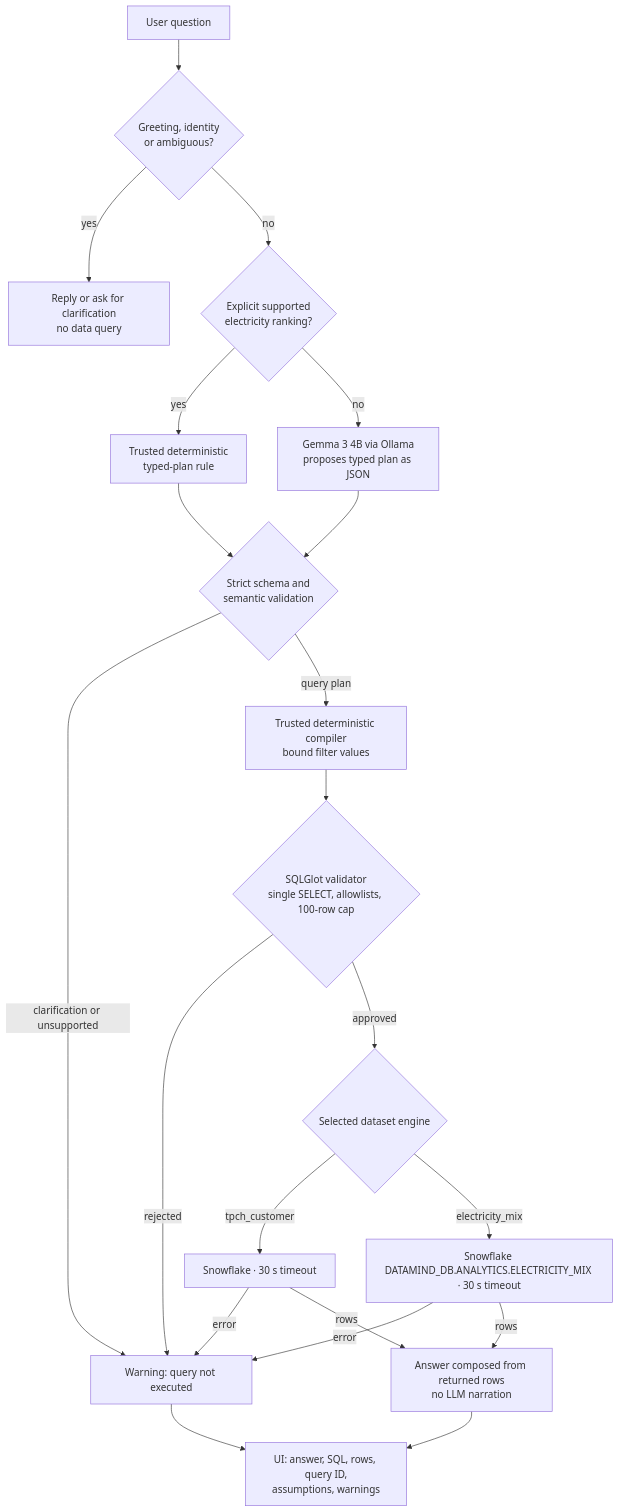
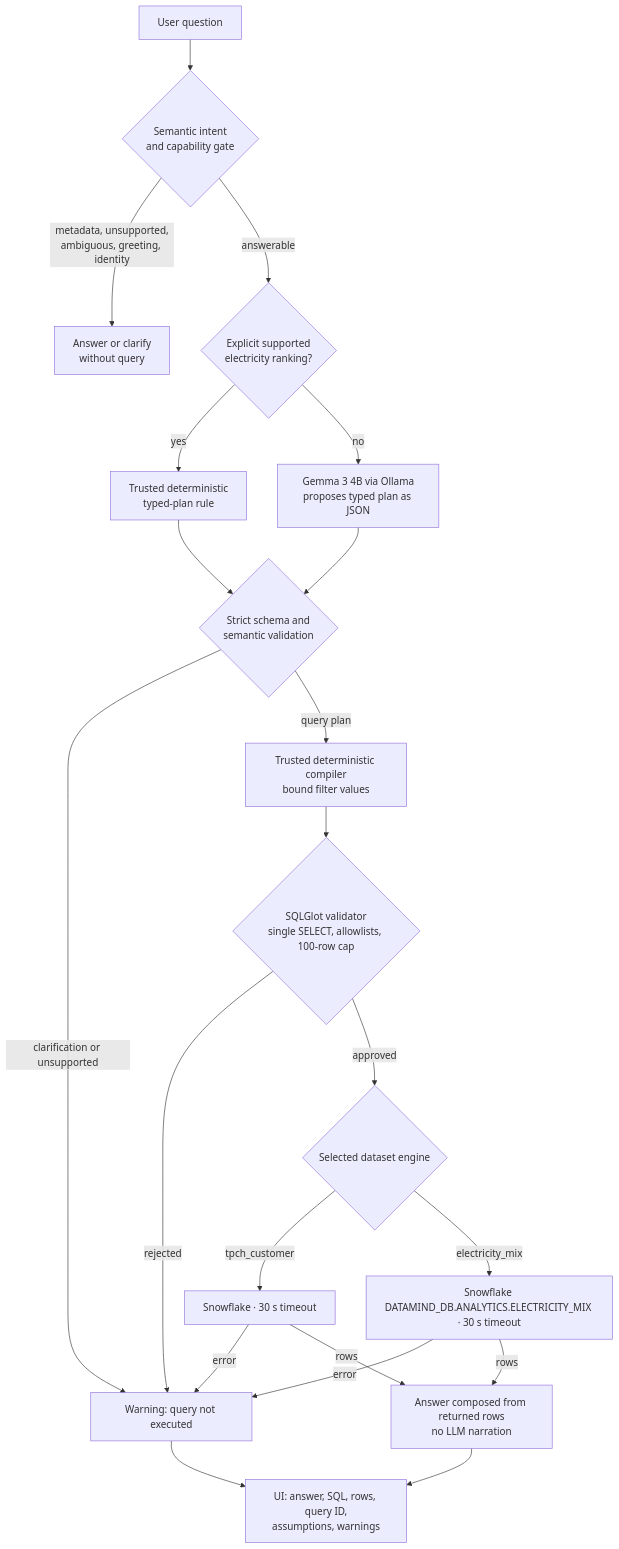
Before and after one commit to DarkVeteran28/datamind-team-leviathan: the diagram in README.md, drawn with Mermaid. The commit also changed other lines of this file, not shown here.

````diff
--- a/README.md
+++ b/README.md
@@ -154,23 +133,23 @@
 ```mermaid
 flowchart TD
-    Q[User question] --> P{Greeting, identity<br/>or ambiguous?}
-    P -->|yes| R[Reply or ask for clarification<br/>no data query]
-    P -->|no| D{Explicit supported<br/>electricity ranking?}
+    Q[User question] --> G{Semantic intent<br/>and capability gate}
+    G -->|metadata, unsupported,<br/>ambiguous, greeting, identity| R[Answer or clarify<br/>without query]
+    G -->|answerable| D{Explicit supported<br/>electricity ranking?}
     D -->|yes| DP[Trusted deterministic<br/>typed-plan rule]
     D -->|no| L[Gemma 3 4B via Ollama<br/>proposes typed plan as JSON]
     DP --> T
     L --> T{Strict schema and<br/>semantic validation}
     T -->|clarification or unsupported| W[Respond without SQL or execution]
     T -->|query plan| C[Trusted deterministic compiler<br/>bound filter values]
     C --> V{SQLGlot validator<br/>single SELECT, allowlists, 100-row cap}
     V -->|rejected| W[Warning: query not executed]
     V -->|approved| S{Selected dataset engine}
     S -->|tpch_customer| SF[Snowflake · 30 s timeout]
     S -->|electricity_mix| ESF[Snowflake DATAMIND_DB.ANALYTICS.ELECTRICITY_MIX · 30 s timeout]
     SF -->|error| W
     ESF -->|error| W
     SF -->|rows| A[Answer composed from returned rows<br/>no LLM narration]
     ESF -->|rows| A
     A --> U[UI: answer, SQL, rows, query ID,<br/>assumptions, warnings]
     W --> U
 ```
````
